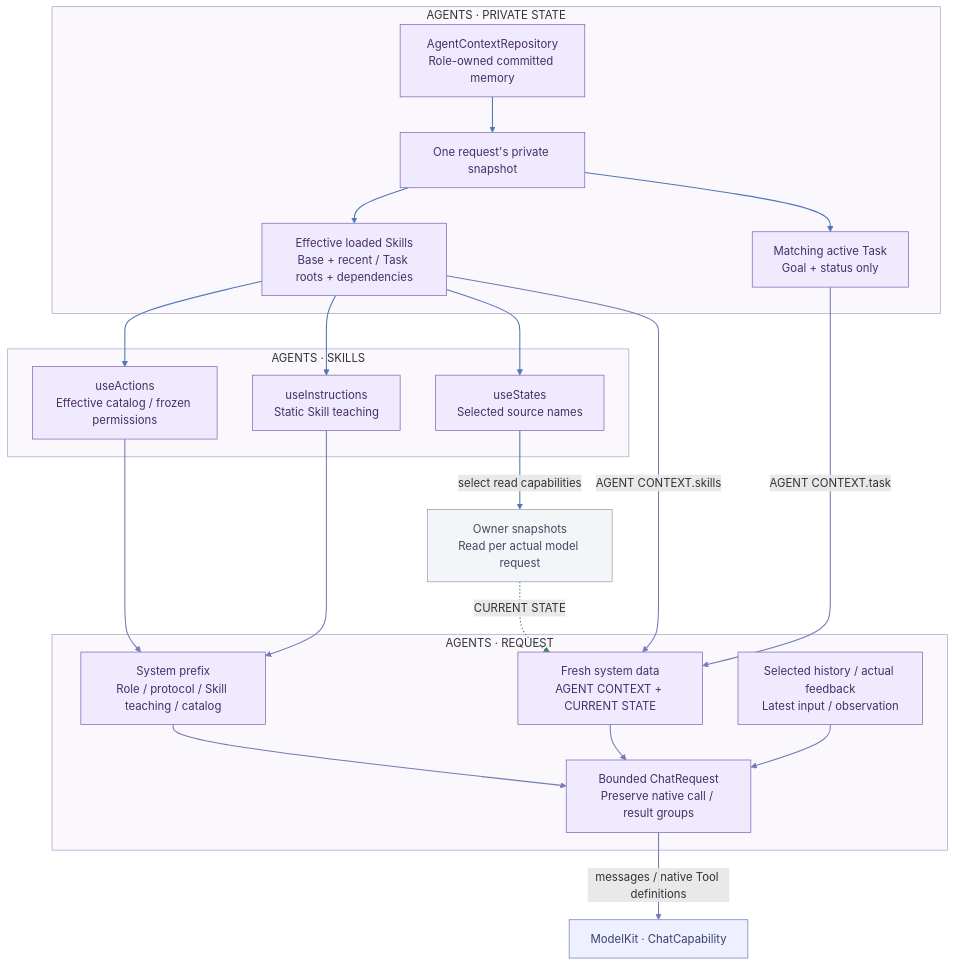
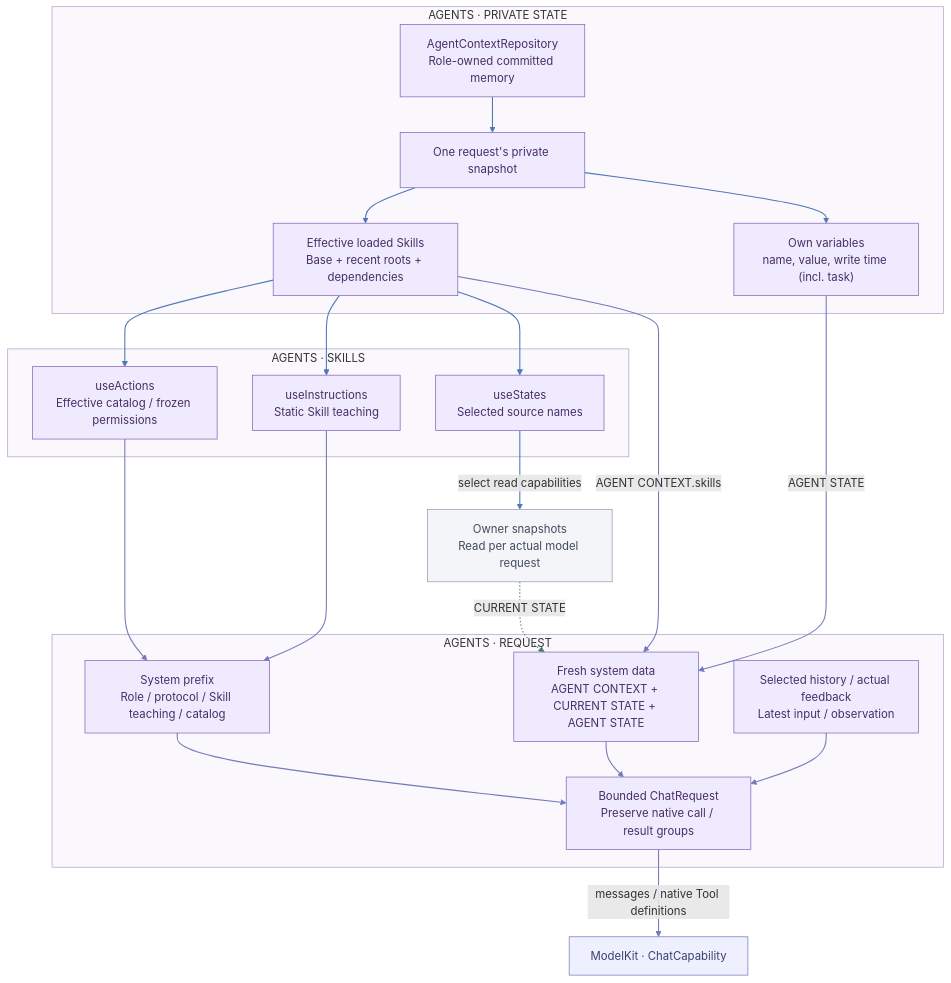
The tenth of 27 diagrams in MobileHarness/README.md (devilyouwei/MobileHarness), drawn with Mermaid before and after one commit. The commit also changed other lines of this file and 127 other files, not shown here.

````diff
--- a/MobileHarness/README.md
+++ b/MobileHarness/README.md
@@ -666,47 +666,47 @@
 ```mermaid
 flowchart TB
     subgraph Private["AGENTS · PRIVATE STATE"]
         Repo["AgentContextRepository<br/>Role-owned committed memory"]:::agent
         Snap["One request's private snapshot"]:::agent
-        Skills["Effective loaded Skills<br/>Base + recent / Task roots + dependencies"]:::agent
-        Task["Matching active Task<br/>Goal + status only"]:::agent
+        Skills["Effective loaded Skills<br/>Base + recent roots + dependencies"]:::agent
+        Task["Own variables<br/>name, value, write time (incl. task)"]:::agent
         Repo --> Snap
         Snap --> Skills
         Snap --> Task
     end
     subgraph Selection["AGENTS · SKILLS"]
         Catalog["useActions<br/>Effective catalog / frozen permissions"]:::agent
         Teaching["useInstructions<br/>Static Skill teaching"]:::agent
         Names["useStates<br/>Selected source names"]:::agent
         Skills --> Catalog
         Skills --> Teaching
         Skills --> Names
     end
     subgraph Assembly["AGENTS · REQUEST"]
         Prefix["System prefix<br/>Role / protocol / Skill teaching / catalog"]:::agent
-        Dynamic["Fresh system data<br/>AGENT CONTEXT + CURRENT STATE"]:::agent
+        Dynamic["Fresh system data<br/>AGENT CONTEXT + CURRENT STATE + AGENT STATE"]:::agent
         History["Selected history / actual feedback<br/>Latest input / observation"]:::agent
         Request["Bounded ChatRequest<br/>Preserve native call / result groups"]:::agent
         Prefix --> Request
         Dynamic --> Request
         History --> Request
     end
     Facts["Owner snapshots<br/>Read per actual model request"]:::neutral
     Names -->|"select read capabilities"| Facts
     Facts -.->|"CURRENT STATE"| Dynamic
-    Task -->|"AGENT CONTEXT.task"| Dynamic
+    Task -->|"AGENT STATE"| Dynamic
     Skills -->|"AGENT CONTEXT.skills"| Dynamic
     Catalog --> Prefix
     Teaching --> Prefix
     Request -->|"messages / native Tool definitions"| Model["ModelKit · ChatCapability"]:::model
     style Private fill:#faf7fd,stroke:#b1a0c4
     style Selection fill:#faf7fd,stroke:#b1a0c4
     style Assembly fill:#faf7fd,stroke:#b1a0c4
     classDef agent fill:#f0eaff,stroke:#8261b5,color:#463065
     classDef model fill:#eeefff,stroke:#747bb8,color:#3c426d
     classDef neutral fill:#f4f5f8,stroke:#939bad,color:#414b60
     linkStyle 0,1,2,3,4,5 stroke:#5078b8,stroke-width:1.5px
     linkStyle 6,7,8,11,12,13,14,15 stroke:#747bb8,stroke-width:1.5px
     linkStyle 9 stroke:#5078b8,stroke-width:1.5px
     linkStyle 10 stroke:#438463,stroke-width:1.5px,stroke-dasharray:2 3
 ```
````
